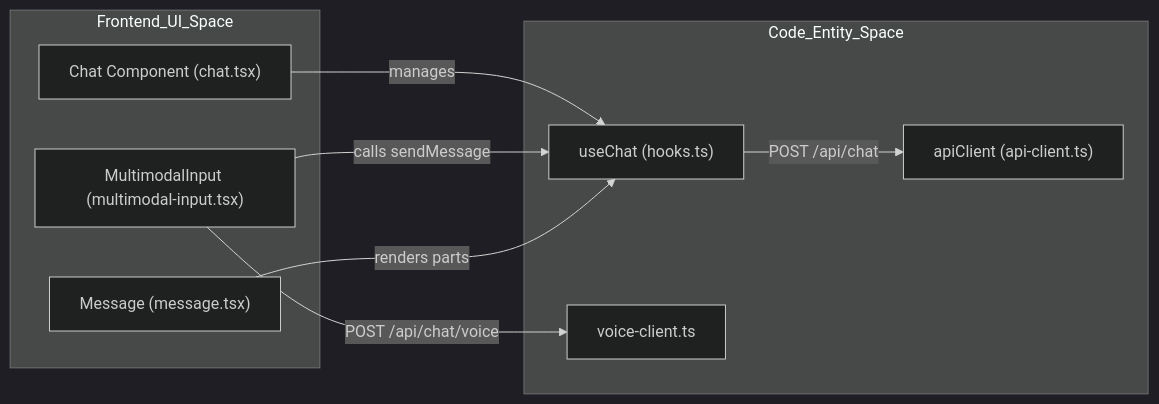
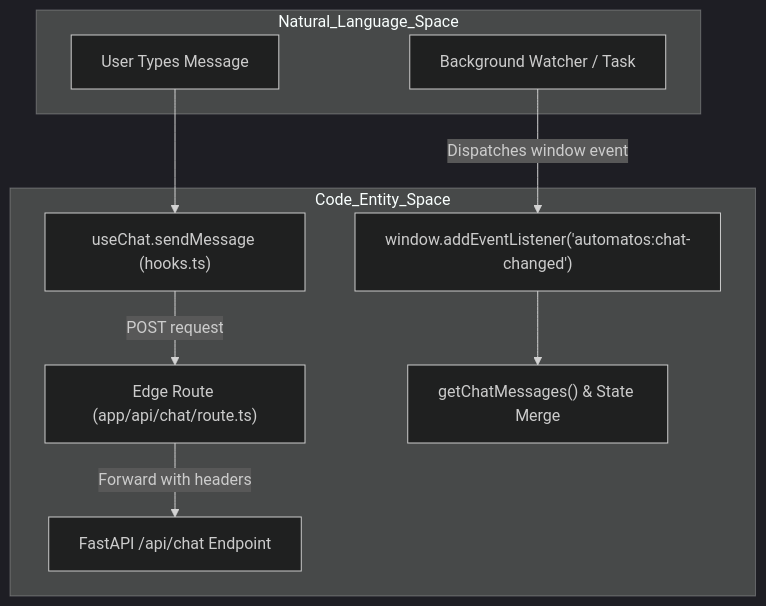
The second of 2 diagrams in docs/chat-interface/chat-ui-components.md (AutomatosAI/automatos-ai), drawn with Mermaid (dark theme) before and after one commit. The commit also changed other lines of this file and 191 other files, not shown here.

````diff
--- a/docs/chat-interface/chat-ui-components.md
+++ b/docs/chat-interface/chat-ui-components.md
@@ -157,20 +102,21 @@
 ```mermaid
-graph LR
-    subgraph "Frontend_UI_Space"
-        ChatUI["Chat Component (chat.tsx)"]
-        InputUI["MultimodalInput (multimodal-input.tsx)"]
-        MsgUI["Message (message.tsx)"]
+graph TD
+    subgraph "Natural_Language_Space"
+        NLPrompt["User Types Message"]
+        BackgroundProc["Background Watcher / Task"]
     end
 
     subgraph "Code_Entity_Space"
-        UseChatHook["useChat (hooks.ts)"]
-        ApiClient["apiClient (api-client.ts)"]
-        VoiceClient["voice-client.ts"]
+        SendFn["useChat.sendMessage (hooks.ts)"]
+        ChatRoute["Edge Route (app/api/chat/route.ts)"]
+        BackendAPI["FastAPI /api/chat Endpoint"]
+        EventListen["window.addEventListener('automatos:chat-changed')"]
+        MergeMsg["getChatMessages() & State Merge"]
     end
 
-    ChatUI -- "manages" --> UseChatHook
-    InputUI -- "calls sendMessage" --> UseChatHook
-    InputUI -- "POST /api/chat/voice" --> VoiceClient
-    UseChatHook -- "POST /api/chat" --> ApiClient
-    MsgUI -- "renders parts" --> UseChatHook
+    NLPrompt --> SendFn
+    SendFn -- "POST request" --> ChatRoute
+    ChatRoute -- "Forward with headers" --> BackendAPI
+    BackgroundProc -- "Dispatches window event" --> EventListen
+    EventListen --> MergeMsg
 ```
````
